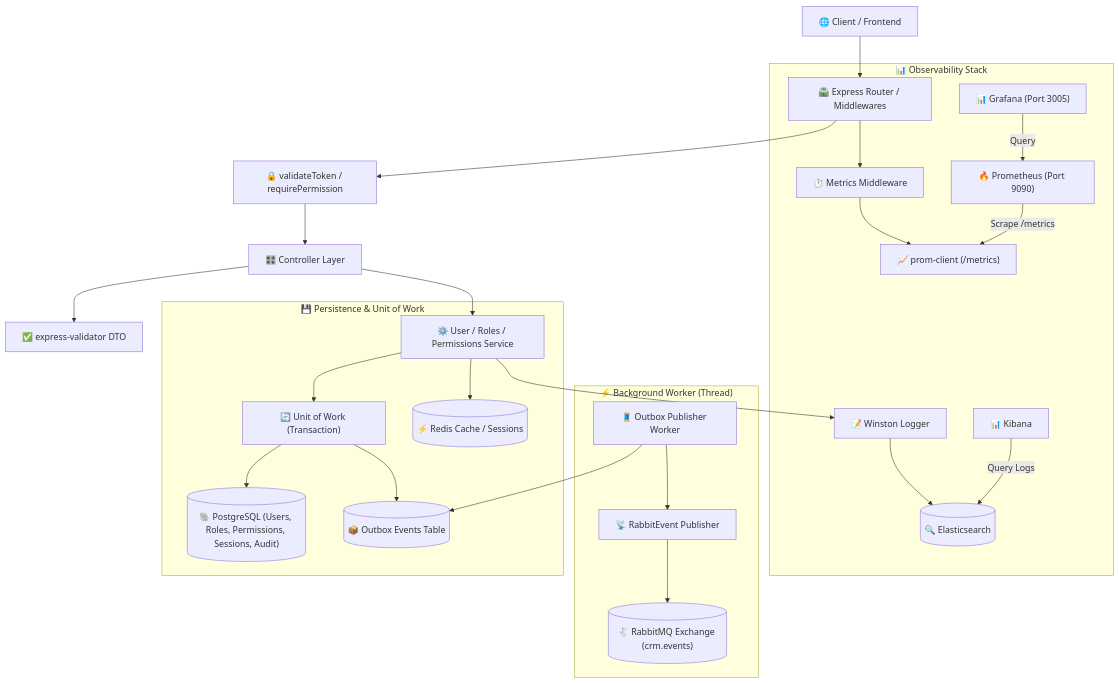
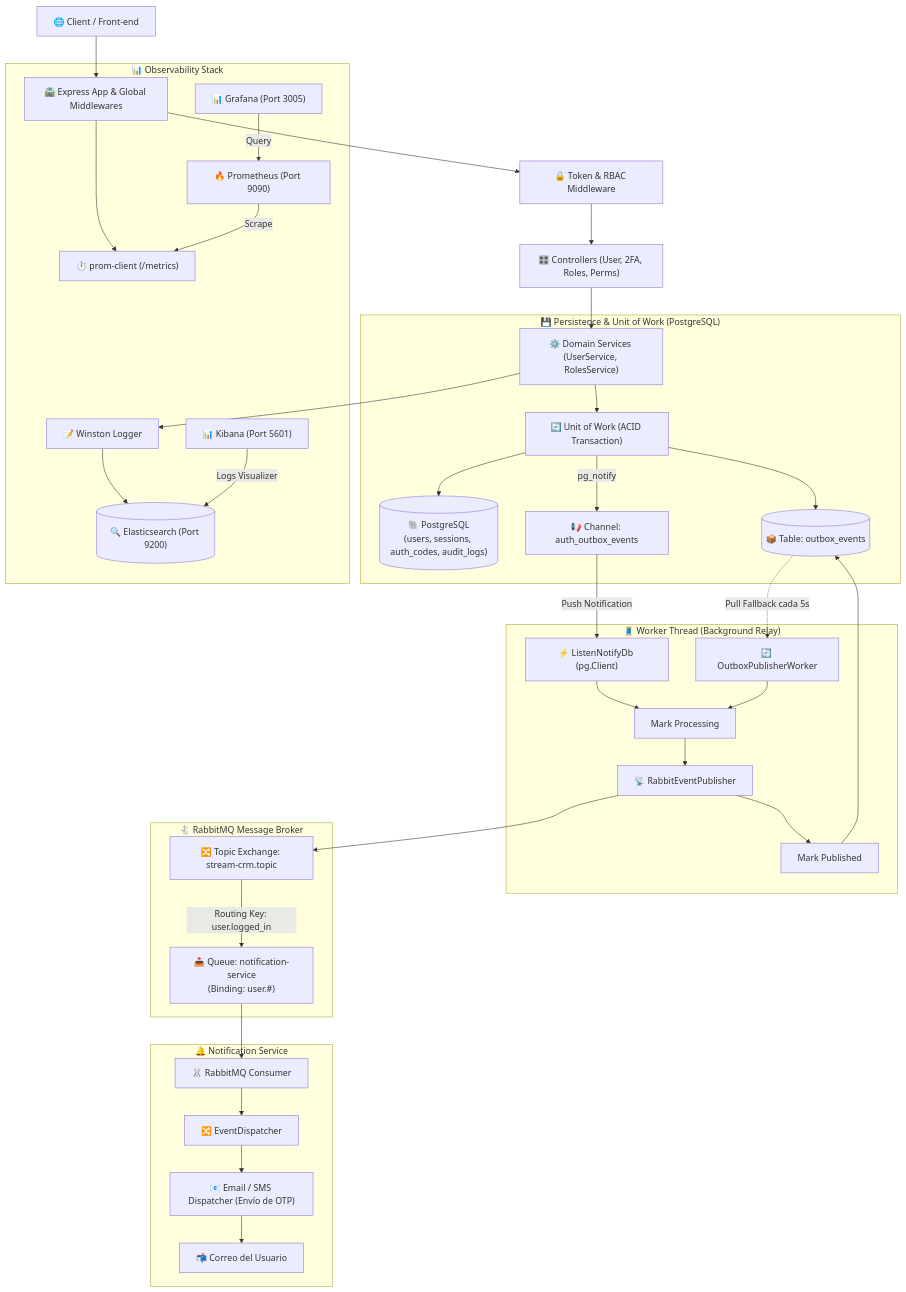
Before and after one commit to nrv23/StreamCRM-App: the first of 6 diagrams in apps/auth-service/README.md, drawn with Mermaid. The commit also changed other lines of this file and 1 other file, not shown here.

````diff
--- a/apps/auth-service/README.md
+++ b/apps/auth-service/README.md
@@ -74,31 +115,45 @@
 ```mermaid
 graph TD
-    Client["🌐 Client / Frontend"] --> ExpressRouter["🛣️ Express Router / Middlewares"]
-    ExpressRouter --> AuthMW["🔒 validateToken / requirePermission"]
-    AuthMW --> Ctrl["🎛️ Controller Layer"]
-    Ctrl --> Validator["✅ express-validator DTO"]
-    Ctrl --> Service["⚙️ User / Roles / Permissions Service"]
+    Client["🌐 Client / Front-end"] --> Express["🛣️ Express App & Global Middlewares"]
+    Express --> AuthMW["🔒 Token & RBAC Middleware"]
+    AuthMW --> Ctrl["🎛️ Controllers (User, 2FA, Roles, Perms)"]
+    Ctrl --> Svc["⚙️ Domain Services (UserService, RolesService)"]
     
-    subgraph Persistence ["💾 Persistence & Unit of Work"]
-        Service --> UOW["🔄 Unit of Work (Transaction)"]
-        UOW --> DB[("🐘 PostgreSQL (Users, Roles, Permissions, Sessions, Audit)")]
-        UOW --> Outbox[("📦 Outbox Events Table")]
-        Service --> Redis[("⚡ Redis Cache / Sessions")]
+    subgraph Persistence ["💾 Persistence & Unit of Work (PostgreSQL)"]
+        Svc --> UOW["🔄 Unit of Work (ACID Transaction)"]
+        UOW --> Tables[("🐘 PostgreSQL\n(users, sessions, auth_codes, audit_logs)")]
+        UOW --> OutboxTable[("📦 Table: outbox_events")]
+        UOW -->|pg_notify| NotifyChan["📢 Channel: auth_outbox_events"]
     end
 
-    subgraph Background ["⚡ Background Worker (Thread)"]
-        Worker["🧵 Outbox Publisher Worker"] --> Outbox
-        Worker --> RabbitPub["📡 RabbitEvent Publisher"]
-        RabbitPub --> RabbitMQ[("🐇 RabbitMQ Exchange (crm.events)")]
+    subgraph BackgroundWorker ["🧵 Worker Thread (Background Relay)"]
+        NotifyChan -->|Push Notification| Listener["⚡ ListenNotifyDb (pg.Client)"]
+        OutboxTable -.->|Pull Fallback cada 5s| Poller["🔄 OutboxPublisherWorker"]
+        Listener --> MarkProc["Mark Processing"]
+        Poller --> MarkProc
+        MarkProc --> Pub["📡 RabbitEventPublisher"]
+        Pub --> MarkPub["Mark Published"]
+        MarkPub --> OutboxTable
+    end
+
+    subgraph Messaging ["🐇 RabbitMQ Message Broker"]
+        Pub --> Exchange["🔀 Topic Exchange: stream-crm.topic"]
+        Exchange -->|Routing Key: user.logged_in| Queue["📥 Queue: notification-service\n(Binding: user.#)"]
+    end
+
+    subgraph NotificationApp ["🔔 Notification Service"]
+        Queue --> Consumer["🐰 RabbitMQ Consumer"]
+        Consumer --> Dispatcher["🔀 EventDispatcher"]
+        Dispatcher --> Sender["📧 Email / SMS Dispatcher (Envío de OTP)"]
+        Sender --> UserMail["📬 Correo del Usuario"]
     end
 
     subgraph Observability ["📊 Observability Stack"]
-        ExpressRouter --> MetricsMW["⏱️ Metrics Middleware"]
-        MetricsMW --> PromClient["📈 prom-client (/metrics)"]
-        Prometheus["🔥 Prometheus (Port 9090)"] -->|Scrape /metrics| PromClient
+        Express --> MetricsCtrl["⏱️ prom-client (/metrics)"]
+        Prometheus["🔥 Prometheus (Port 9090)"] -->|Scrape| MetricsCtrl
         Grafana["📊 Grafana (Port 3005)"] -->|Query| Prometheus
-        Service --> Logger["📝 Winston Logger"]
-        Logger --> ES[("🔍 Elasticsearch")]
-        Kibana["📊 Kibana"] -->|Query Logs| ES
+        Svc --> Logger["📝 Winston Logger"]
+        Logger --> ES[("🔍 Elasticsearch (Port 9200)")]
+        Kibana["📊 Kibana (Port 5601)"] -->|Logs Visualizer| ES
     end
 ```
````
